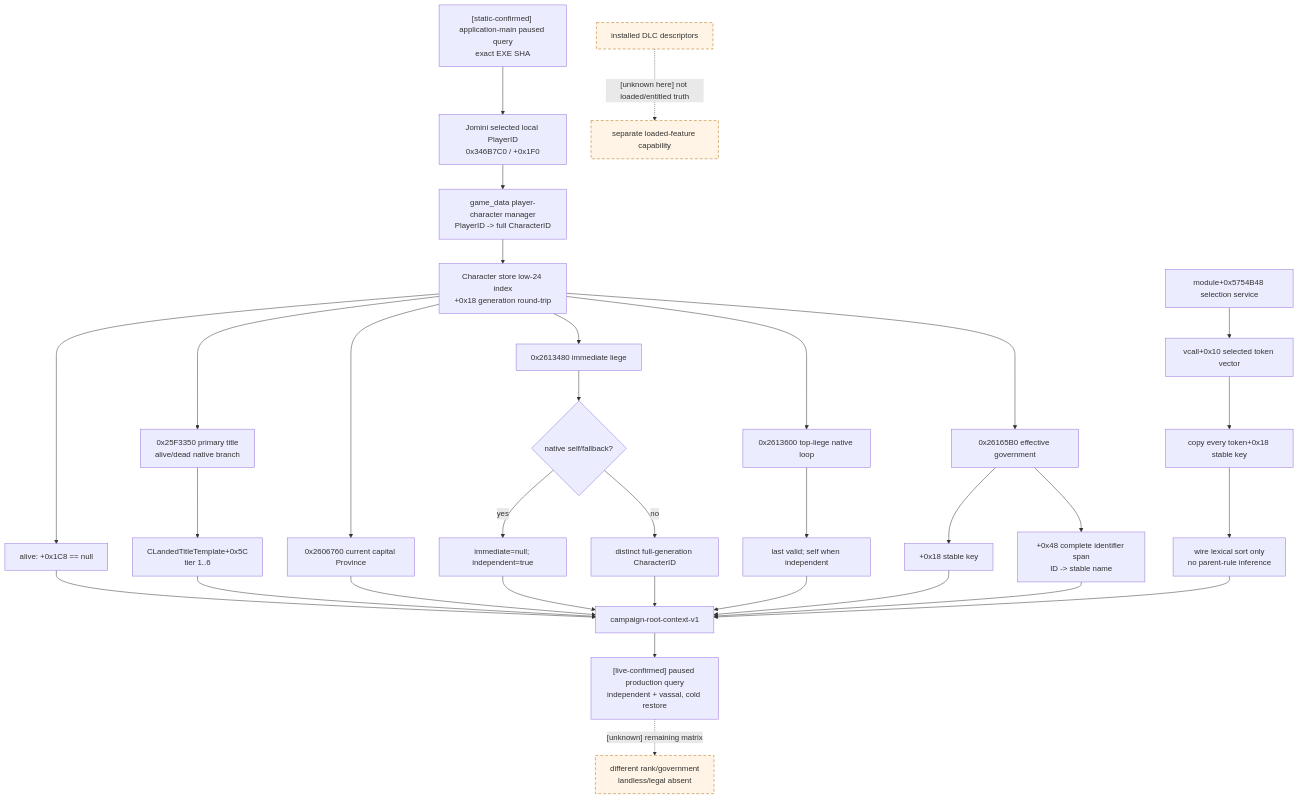
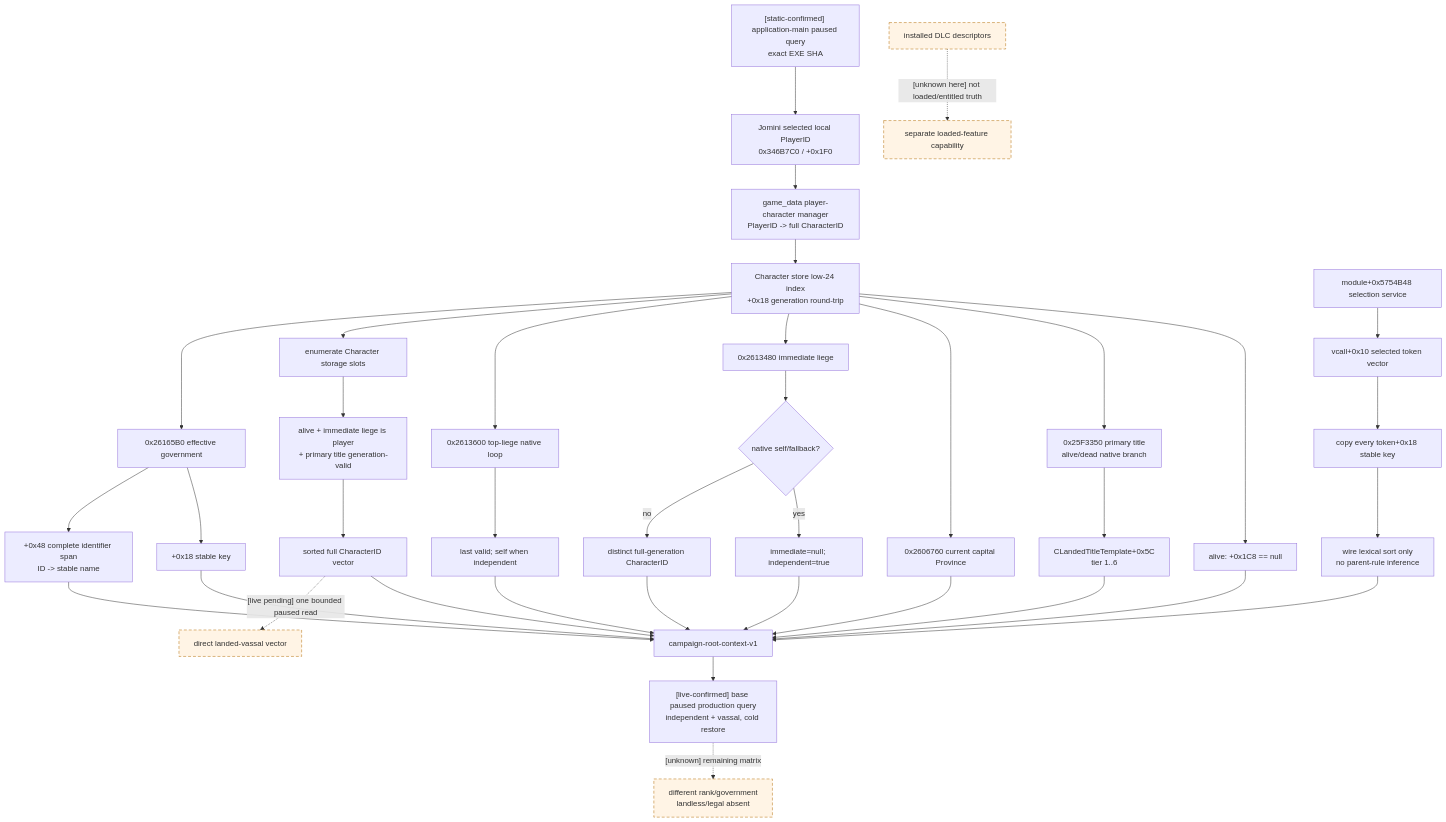
Before and after one commit to XenoAmess/ck3_eternal_recurrence: the diagram in docs/ck3-native-ai/campaign-root-context.md, drawn with Mermaid. The commit also changed other lines of this file and 18 other files, not shown here.

Commit message:
Implement G2-M1 direct vassal observation

````diff
--- a/docs/ck3-native-ai/campaign-root-context.md
+++ b/docs/ck3-native-ai/campaign-root-context.md
@@ -337,43 +359,49 @@
 ```mermaid
 flowchart TD
     S["[static-confirmed] application-main paused query<br/>exact EXE SHA"] --> J["Jomini selected local PlayerID<br/>0x346B7C0 / +0x1F0"]
     J --> P["game_data player-character manager<br/>PlayerID -> full CharacterID"]
     P --> C["Character store low-24 index<br/>+0x18 generation round-trip"]
     C --> A["alive: +0x1C8 == null"]
 
     C --> PT["0x25F3350 primary title<br/>alive/dead native branch"]
     PT --> TT["CLandedTitleTemplate+0x5C<br/>tier 1..6"]
     C --> CP["0x2606760 current capital Province"]
 
     C --> IL["0x2613480 immediate liege"]
     IL --> IND{"native self/fallback?"}
     IND -->|yes| IN["immediate=null; independent=true"]
     IND -->|no| IG["distinct full-generation CharacterID"]
     C --> TL["0x2613600 top-liege native loop"]
     TL --> TG["last valid; self when independent"]
 
+    C --> VS["enumerate Character storage slots"]
+    VS --> VF["alive + immediate liege is player<br/>+ primary title generation-valid"]
+    VF --> VL["sorted full CharacterID vector"]
+
     C --> G["0x26165B0 effective government"]
     G --> GK["+0x18 stable key"]
     G --> GF["+0x48 complete identifier span<br/>ID -> stable name"]
 
     R["module+0x5754B48 selection service"] --> RV["vcall+0x10 selected token vector"]
     RV --> RK["copy every token+0x18 stable key"]
     RK --> SORT["wire lexical sort only<br/>no parent-rule inference"]
 
     A --> OUT["campaign-root-context-v1"]
     TT --> OUT
     CP --> OUT
     IN --> OUT
     IG --> OUT
     TG --> OUT
+    VL --> OUT
     GK --> OUT
     GF --> OUT
     SORT --> OUT
 
-    OUT --> LIVE["[live-confirmed] paused production query<br/>independent + vassal, cold restore"]
+    OUT --> LIVE["[live-confirmed] base paused production query<br/>independent + vassal, cold restore"]
+    VL -. "[live pending] one bounded paused read" .-> VLIVE["direct landed-vassal vector"]
     LIVE -. "[unknown] remaining matrix" .-> MATRIX["different rank/government<br/>landless/legal absent"]
     DLC["installed DLC descriptors"] -. "[unknown here] not loaded/entitled truth" .-> FEAT["separate loaded-feature capability"]
 
     classDef unknown stroke-dasharray: 6 4,fill:#fff4e5,stroke:#b36b00;
-    class MATRIX,DLC,FEAT unknown;
+    class MATRIX,DLC,FEAT,VLIVE unknown;
 ```
````
